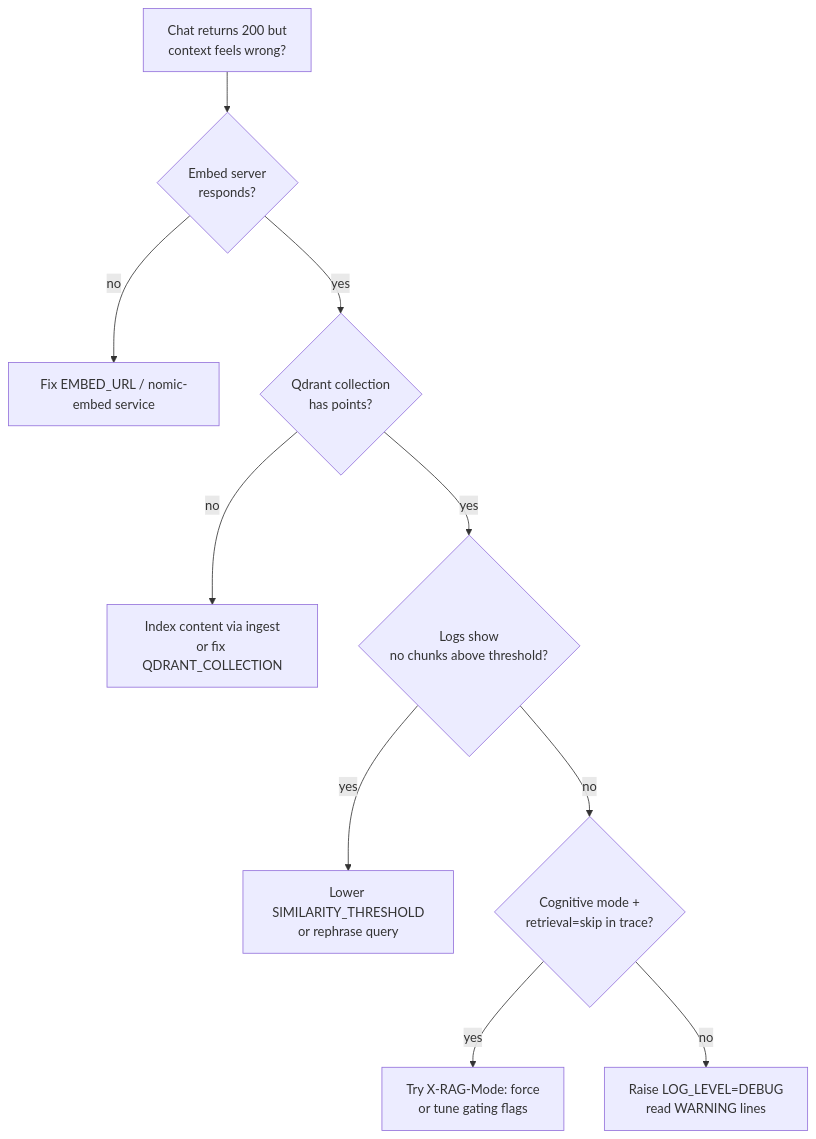
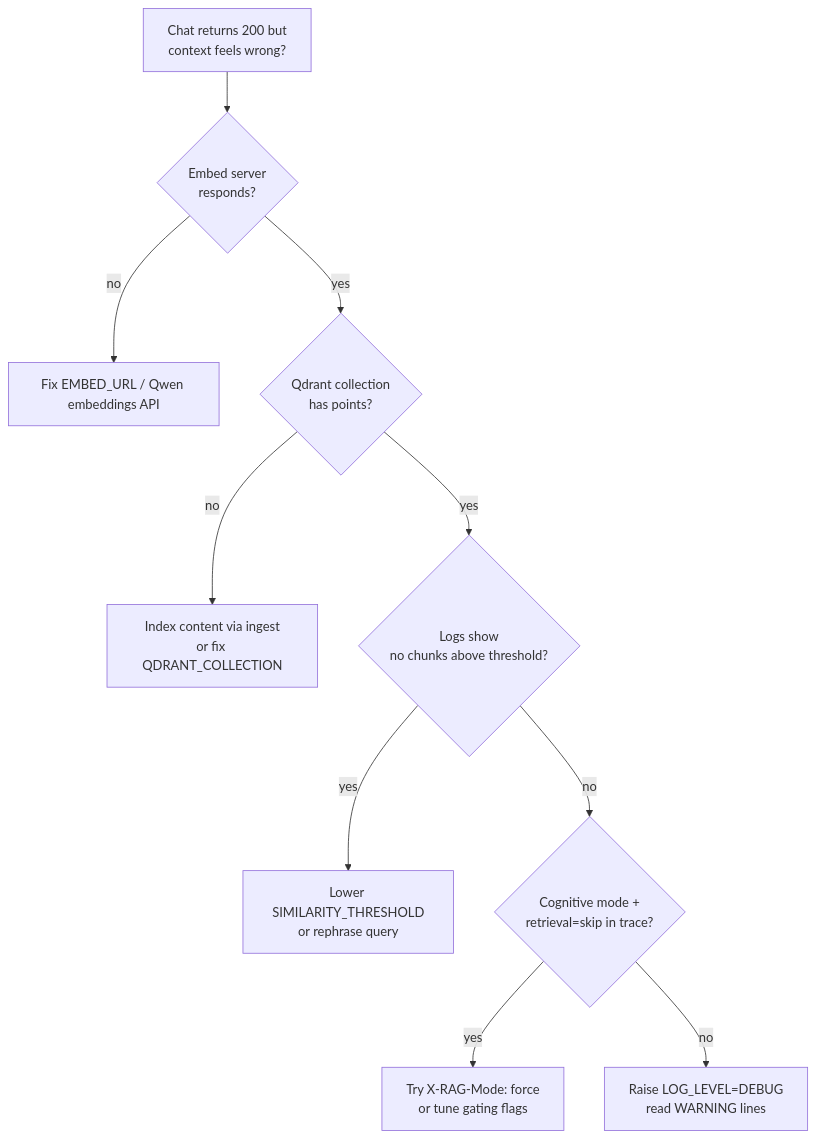
One commit to AtticusG3/rag-proxy changed the diagram in docs/troubleshooting.md. Above: the diagram before and after it, drawn with Mermaid. The commit also changed other lines of this file and 13 other files, not shown here.

First line of the commit message:
feat(docker): drop nomic-embed sidecar for Qwen embeddings API

````diff
--- a/docs/troubleshooting.md
+++ b/docs/troubleshooting.md
@@ -5,12 +5,12 @@
 ```mermaid
 flowchart TD
   START["Chat returns 200 but\ncontext feels wrong?"] --> EMBED{"Embed server\nresponds?"}
-  EMBED -->|no| FIXE["Fix EMBED_URL / nomic-embed service"]
+  EMBED -->|no| FIXE["Fix EMBED_URL / Qwen embeddings API"]
   EMBED -->|yes| QD{"Qdrant collection\nhas points?"}
   QD -->|no| FIXQ["Index content via ingest\nor fix QDRANT_COLLECTION"]
   QD -->|yes| TH{"Logs show\nno chunks above threshold?"}
   TH -->|yes| LOW["Lower SIMILARITY_THRESHOLD\nor rephrase query"]
   TH -->|no| GATE{"Cognitive mode +\nretrieval=skip in trace?"}
   GATE -->|yes| FORCE["Try X-RAG-Mode: force\nor tune gating flags"]
   GATE -->|no| LOGS["Raise LOG_LEVEL=DEBUG\nread WARNING lines"]
 ```
````
